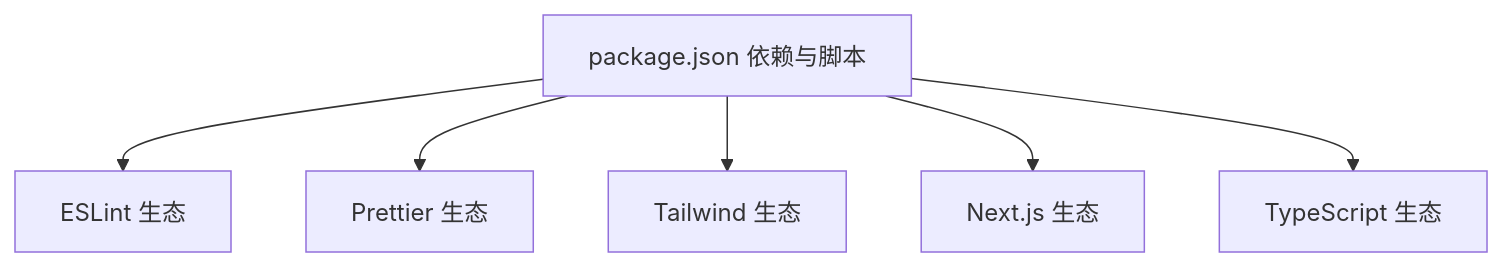
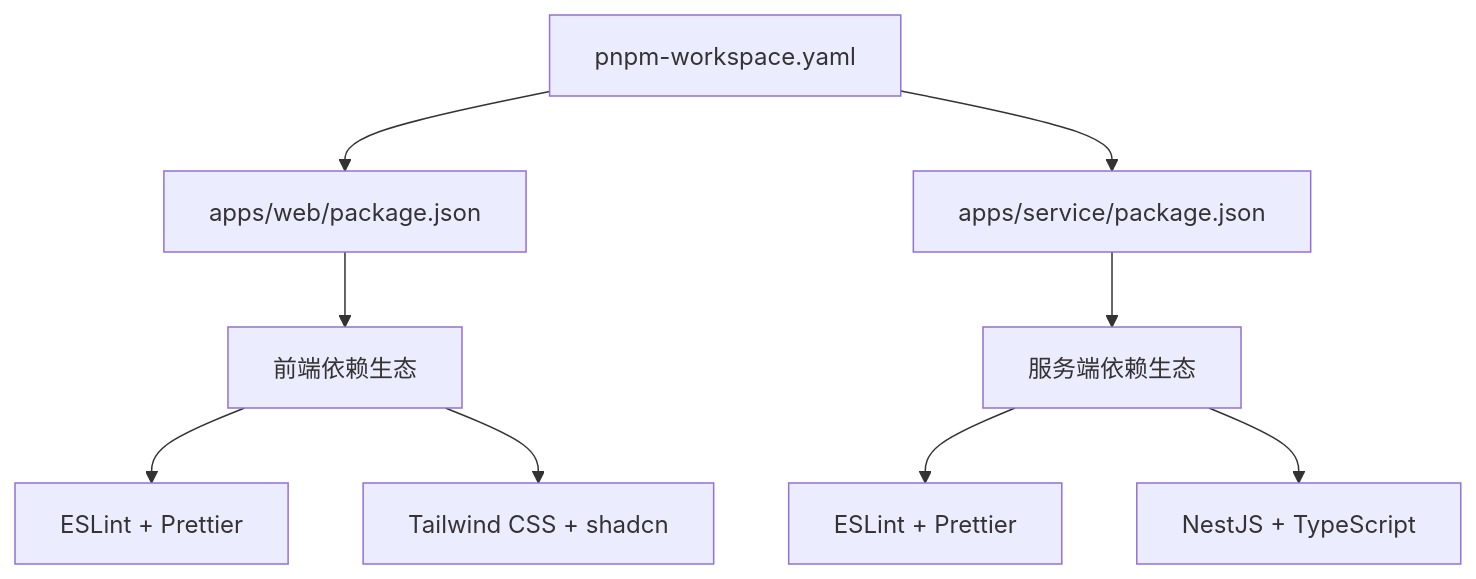
Before and after one commit to HAOFUYANG/nextjs-admin: the fifth of 5 diagrams in .qoder/repowiki/zh/content/开发工具配置.md, drawn with Mermaid. The commit also changed other lines of this file and 6 other files, not shown here.

First line of the commit message:
refactor(package): 简化 package.json 脚本配置

````diff
--- a/.qoder/repowiki/zh/content/开发工具配置.md
+++ b/.qoder/repowiki/zh/content/开发工具配置.md
@@ -308,8 +338,11 @@
 ```mermaid
 graph TB
-PKG["package.json 依赖与脚本"] --> ESL["ESLint 生态"]
-PKG --> PRET["Prettier 生态"]
-PKG --> TWCSS["Tailwind 生态"]
-PKG --> NEXT["Next.js 生态"]
-PKG --> TS["TypeScript 生态"]
+WORKSPACE["pnpm-workspace.yaml"] --> WEB_PKG["apps/web/package.json"]
+WORKSPACE --> SERVICE_PKG["apps/service/package.json"]
+WEB_PKG --> WEB_DEPS["前端依赖生态"]
+SERVICE_PKG --> SERVICE_DEPS["服务端依赖生态"]
+WEB_DEPS --> ESLINT_WEB["ESLint + Prettier"]
+WEB_DEPS --> TAILWIND["Tailwind CSS + shadcn"]
+SERVICE_DEPS --> ESLINT_SERVICE["ESLint + Prettier"]
+SERVICE_DEPS --> NESTJS["NestJS + TypeScript"]
 ```
````
